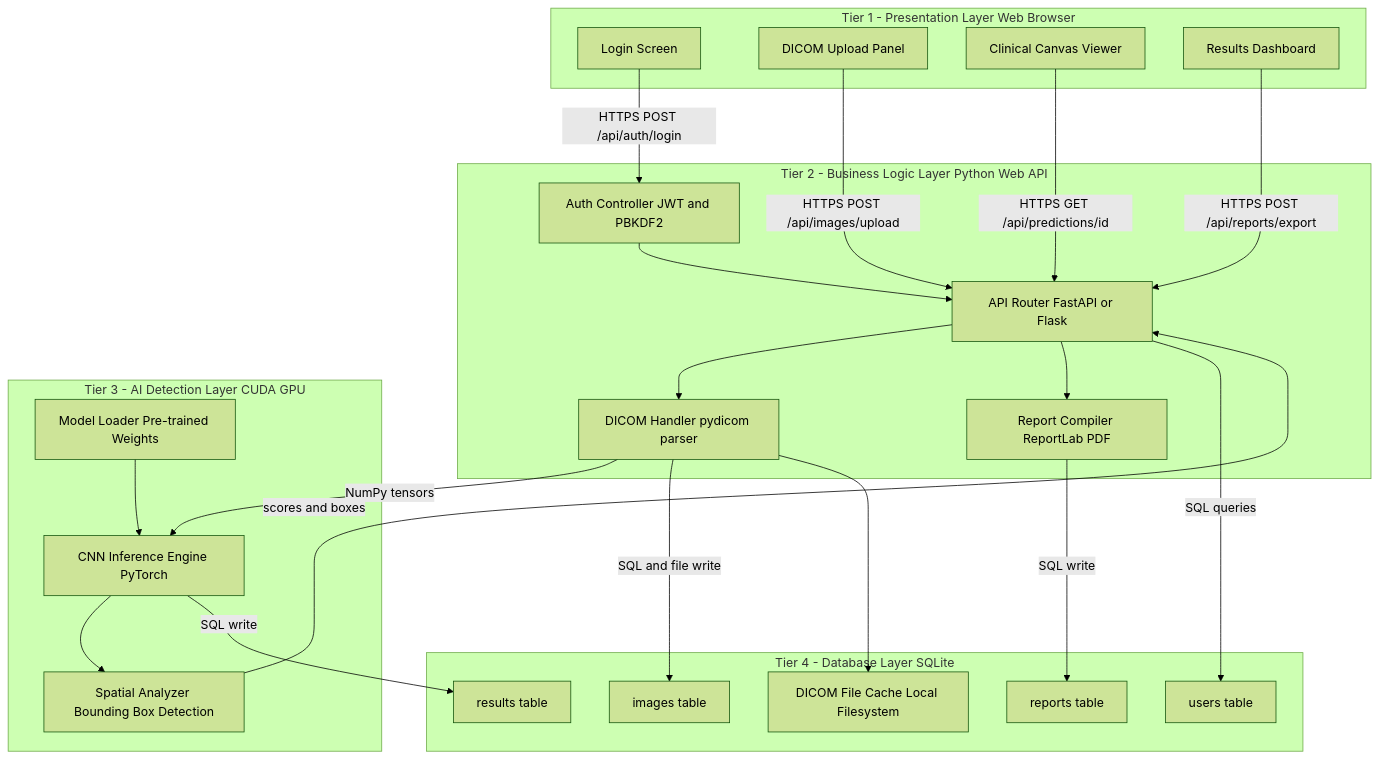
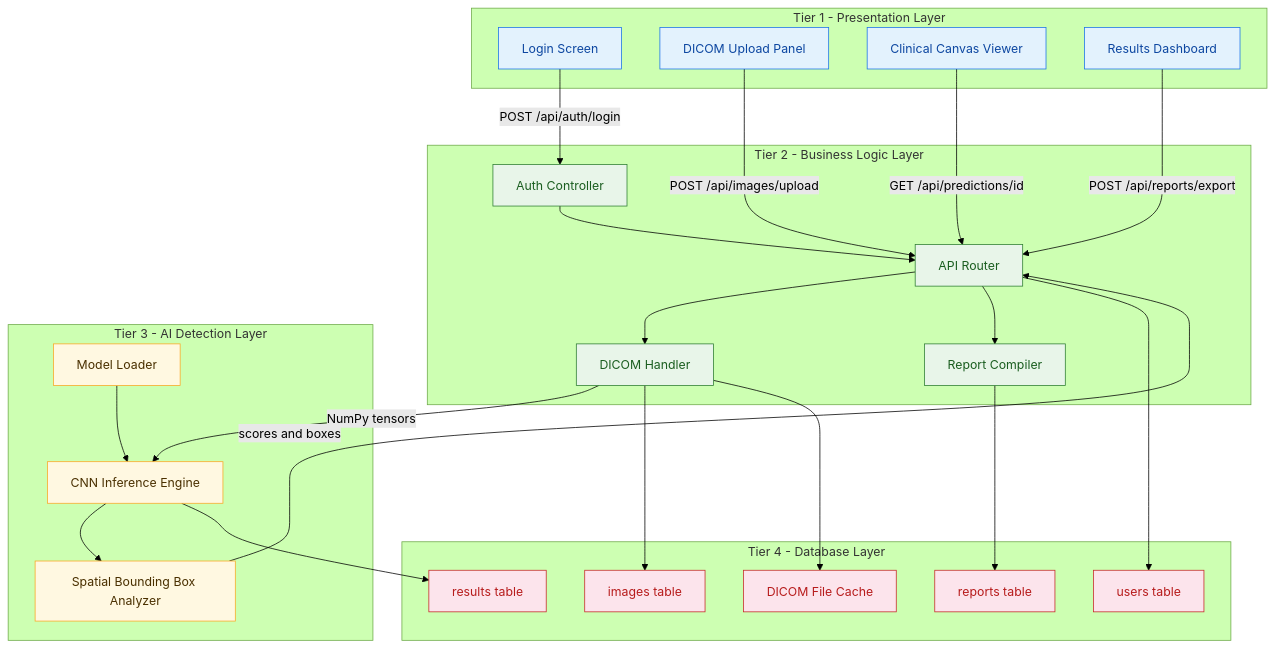
Before and after one commit to alirezakavianifar/Medical-Image-Based-Disease-Detection-and-Classification-System: the diagram in diagrams/architecture_system_layers.md, drawn with Mermaid (forest theme). The commit also changed other lines of this file and 4 other files, not shown here.

Commit message:
INFRA: Enhance all Mermaid diagrams with color styling and visual improvements

````diff
--- a/diagrams/architecture_system_layers.md
+++ b/diagrams/architecture_system_layers.md
@@ -12,49 +12,55 @@
 ```mermaid
 graph TB
-    subgraph "Tier 1 - Presentation Layer Web Browser"
-        UI_Login["Login Screen"]
-        UI_Upload["DICOM Upload Panel"]
-        UI_Canvas["Clinical Canvas Viewer"]
-        UI_Dashboard["Results Dashboard"]
+    classDef tier1 fill:#e3f2fd,stroke:#1a73e8,color:#0d47a1
+    classDef tier2 fill:#e8f5e9,stroke:#2e7d32,color:#1b5e20
+    classDef tier3 fill:#fff8e1,stroke:#f9a825,color:#4a3000
+    classDef tier4 fill:#fce4ec,stroke:#c62828,color:#b71c1c
+    classDef api fill:#1a73e8,stroke:#0d47a1,color:#ffffff
+
+    subgraph "Tier 1 - Presentation Layer"
+        UI_Login["Login Screen"]:::tier1
+        UI_Upload["DICOM Upload Panel"]:::tier1
+        UI_Canvas["Clinical Canvas Viewer"]:::tier1
+        UI_Dashboard["Results Dashboard"]:::tier1
     end
 
-    subgraph "Tier 2 - Business Logic Layer Python Web API"
-        Auth["Auth Controller JWT and PBKDF2"]
-        Router["API Router FastAPI or Flask"]
-        DICOM_Handler["DICOM Handler pydicom parser"]
-        Report_Compiler["Report Compiler ReportLab PDF"]
+    subgraph "Tier 2 - Business Logic Layer"
+        Auth["Auth Controller"]:::tier2
+        Router["API Router"]:::tier2
+        DICOM_Handler["DICOM Handler"]:::tier2
+        Report_Compiler["Report Compiler"]:::tier2
     end
 
-    subgraph "Tier 3 - AI Detection Layer CUDA GPU"
-        Model_Loader["Model Loader Pre-trained Weights"]
-        Inference["CNN Inference Engine PyTorch"]
-        Spatial["Spatial Analyzer Bounding Box Detection"]
+    subgraph "Tier 3 - AI Detection Layer"
+        Model_Loader["Model Loader"]:::tier3
+        Inference["CNN Inference Engine"]:::tier3
+        Spatial["Spatial Bounding Box Analyzer"]:::tier3
     end
 
-    subgraph "Tier 4 - Database Layer SQLite"
-        DB_Users["users table"]
-        DB_Images["images table"]
-        DB_Results["results table"]
-        DB_Reports["reports table"]
-        FileStore["DICOM File Cache Local Filesystem"]
+    subgraph "Tier 4 - Database Layer"
+        DB_Users["users table"]:::tier4
+        DB_Images["images table"]:::tier4
+        DB_Results["results table"]:::tier4
+        DB_Reports["reports table"]:::tier4
+        FileStore["DICOM File Cache"]:::tier4
     end
 
-    UI_Login -->|"HTTPS POST /api/auth/login"| Auth
-    UI_Upload -->|"HTTPS POST /api/images/upload"| Router
-    UI_Canvas -->|"HTTPS GET /api/predictions/id"| Router
-    UI_Dashboard -->|"HTTPS POST /api/reports/export"| Router
+    UI_Login -->|"POST /api/auth/login"| Auth
+    UI_Upload -->|"POST /api/images/upload"| Router
+    UI_Canvas -->|"GET /api/predictions/id"| Router
+    UI_Dashboard -->|"POST /api/reports/export"| Router
 
     Auth --> Router
     Router --> DICOM_Handler
     Router --> Report_Compiler
     DICOM_Handler -->|"NumPy tensors"| Inference
     Model_Loader --> Inference
     Inference --> Spatial
     Spatial -->|"scores and boxes"| Router
 
-    Router -->|"SQL queries"| DB_Users
-    DICOM_Handler -->|"SQL and file write"| DB_Images
+    Router --> DB_Users
+    DICOM_Handler --> DB_Images
     DICOM_Handler --> FileStore
-    Inference -->|"SQL write"| DB_Results
-    Report_Compiler -->|"SQL write"| DB_Reports
+    Inference --> DB_Results
+    Report_Compiler --> DB_Reports
 ```
````
